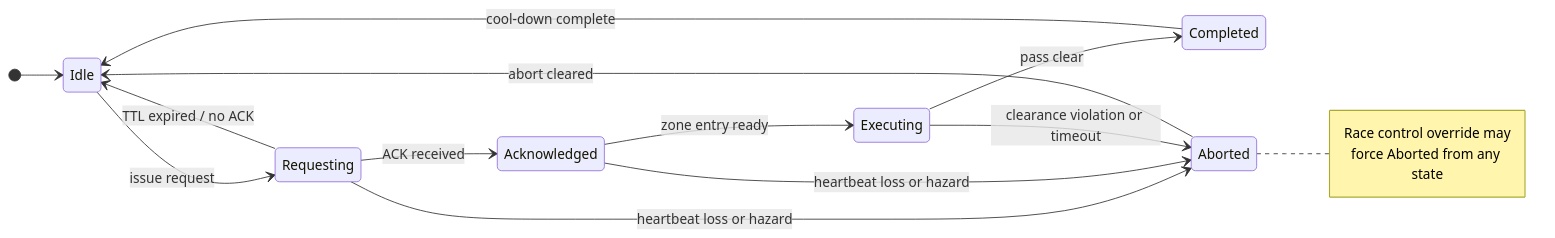
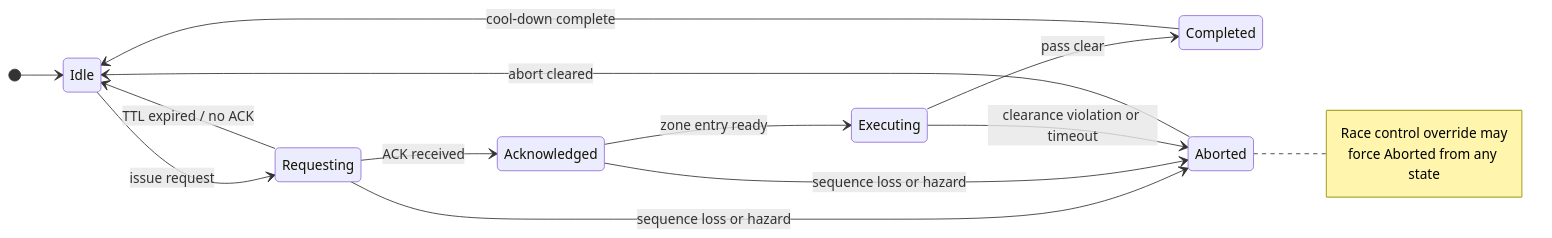
The first of 2 diagrams in README.md (airacingtech/multicar_rules_of_engagement), drawn with Mermaid before and after one commit. The commit also changed other lines of this file, not shown here.

````diff
--- a/README.md
+++ b/README.md
@@ -97,25 +107,25 @@
 ```mermaid
 stateDiagram-v2
     direction LR
 
     state "Idle" as IDLE
     state "Requesting" as REQ
     state "Acknowledged" as ACK
     state "Executing" as EXEC
     state "Completed" as DONE
     state "Aborted" as ABORT
 
     [*] --> IDLE
     IDLE  --> REQ   : issue request
     REQ   --> IDLE  : TTL expired / no ACK
     REQ   --> ACK   : ACK received
-    REQ   --> ABORT : heartbeat loss or hazard
+    REQ   --> ABORT : sequence loss or hazard
     ACK   --> EXEC  : zone entry ready
-    ACK   --> ABORT : heartbeat loss or hazard
+    ACK   --> ABORT : sequence loss or hazard
     EXEC  --> DONE  : pass clear
     EXEC  --> ABORT : clearance violation or timeout
     DONE  --> IDLE  : cool-down complete
     ABORT --> IDLE  : abort cleared
 
     note right of ABORT : Race control override may<br/>force Aborted from any state
 ```
````
